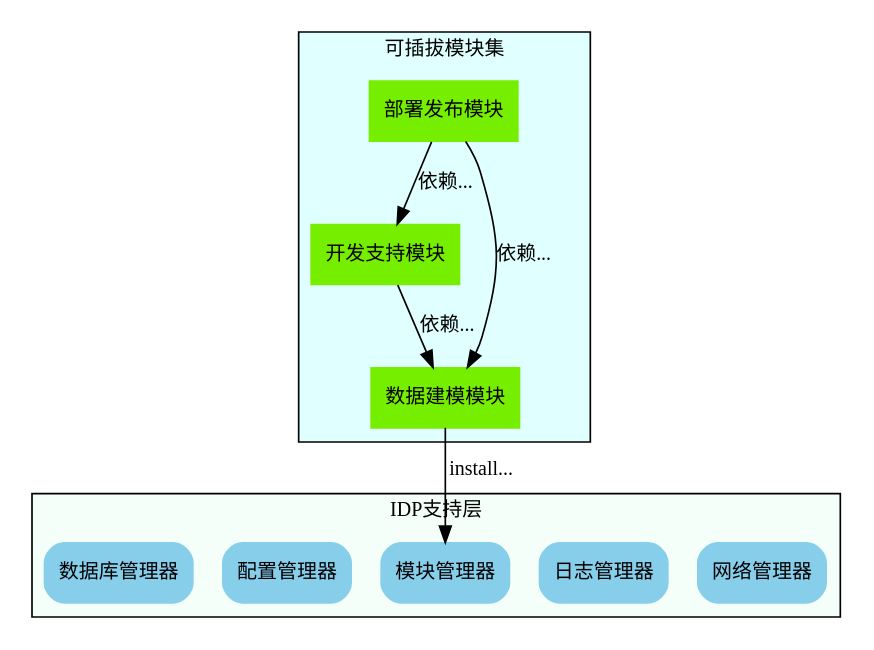
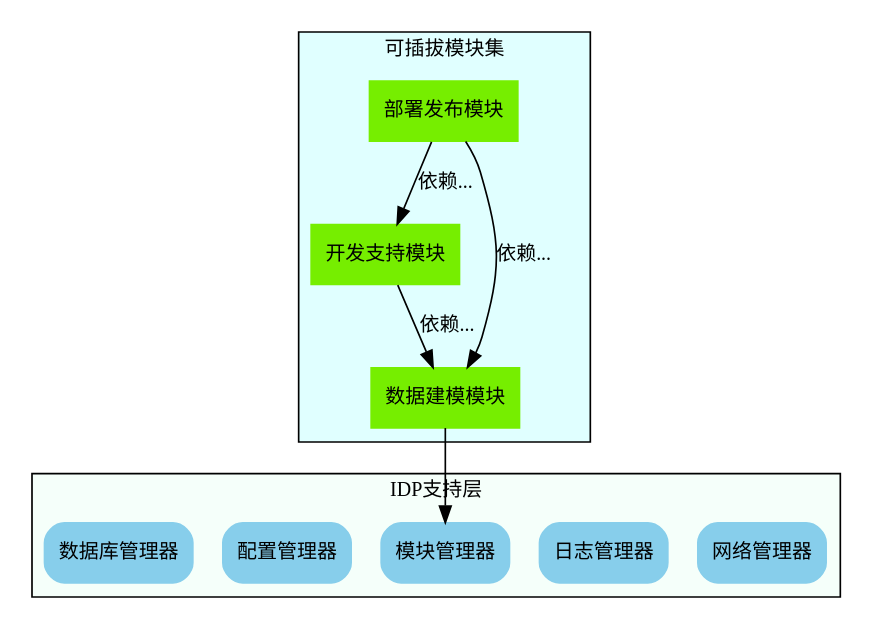
One commit to otfsenter/idlepig changed the third of 3 diagrams in source/vim/test1.rst. Above: the diagram before and after it, drawn with Graphviz.

Commit message:
cluster to cluster 4

```diff
--- a/source/vim/test1.rst
+++ b/source/vim/test1.rst
@@ -63,36 +63,36 @@
 .. graphviz::
    
    digraph idp_modules{
      fontname = "Microsoft YaHei";
      rankdir = TB;
      fontsize = 12;
      
      node [fontname = "Microsoft YaHei", fontsize = 12, shape = "record" ];
      edge [fontname = "Microsoft YaHei", fontsize = 12 ];
      graph [compound=true];
      
          subgraph cluster_sl{
              label="IDP支持层";
              bgcolor="mintcream";
              node [shape="Mrecord", color="skyblue", style="filled"];
              network_mgr [label="网络管理器"];
              log_mgr [label="日志管理器"];
              module_mgr [label="模块管理器"];
              conf_mgr [label="配置管理器"];
              db_mgr [label="数据库管理器"];
          };
      
          subgraph cluster_md{
              label="可插拔模块集";
              bgcolor="lightcyan";
              node [color="chartreuse2", style="filled"];
              mod_dev [label="开发支持模块"];
              mod_dm [label="数据建模模块"];
              mod_dp [label="部署发布模块"];
          };
      
      mod_dp -> mod_dev [label="依赖..."];
      mod_dp -> mod_dm [label="依赖..."];
      mod_dev -> mod_dm [label="依赖..."];
-     mod_dm -> module_mgr [label="install...", ltail=cluster_sl, lhead=cluster_md];
+     mod_dm -> module_mgr [lhead=cluster_md, ltail=cluster_sl];
    }
```
